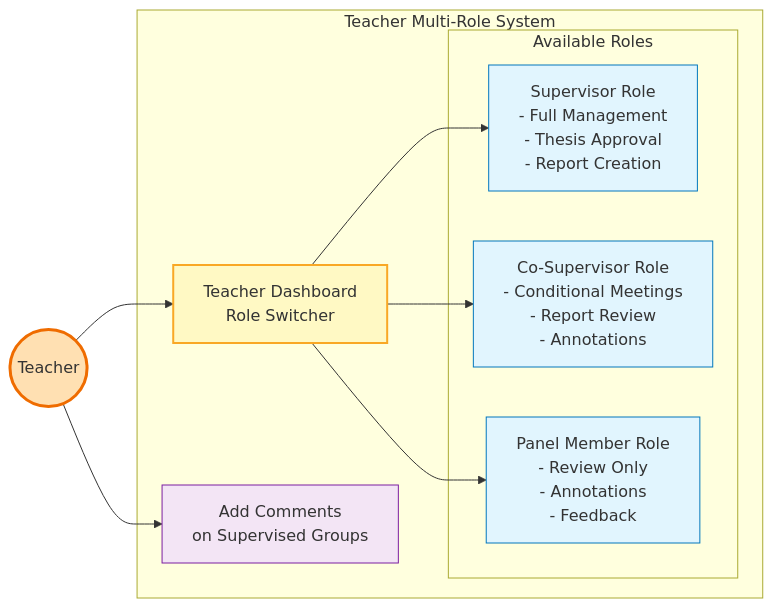
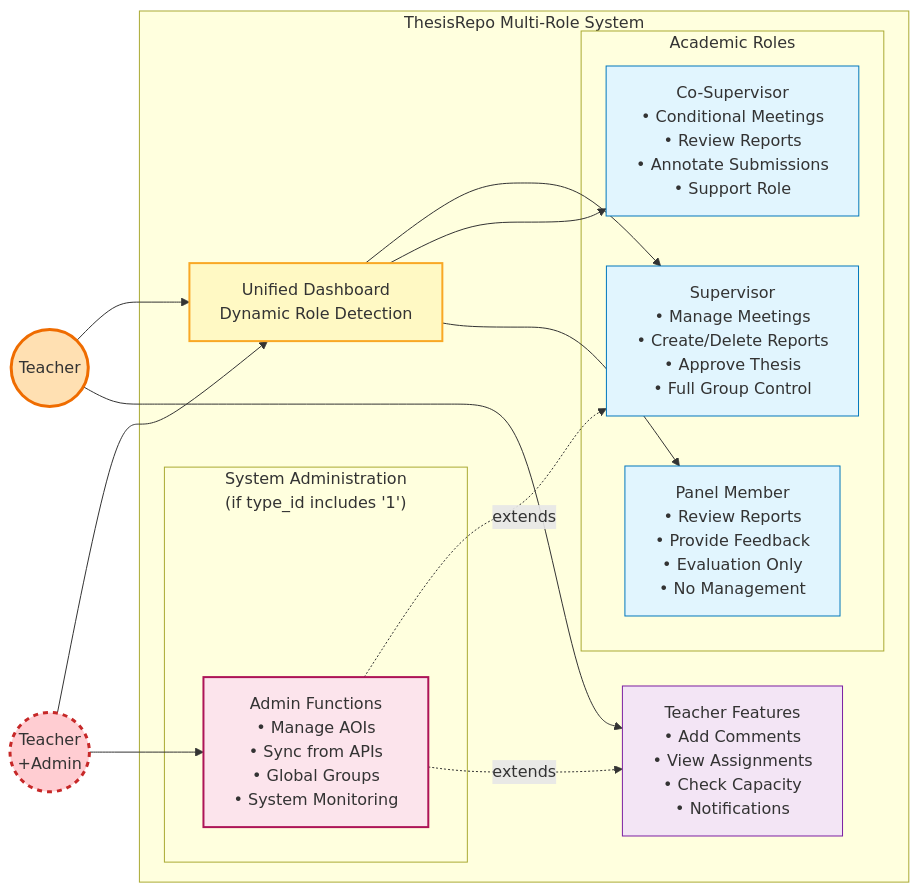
One commit to abdullah2323442/thesisrepo-backup changed the second of 6 diagrams in documentation/roles/Teacher-use-case-diagram.md. Above: the diagram before and after it, drawn with Mermaid. The commit also changed other lines of this file, not shown here.

Commit message:
refactor(teacher-use-case-diagram): Enhance clarity and detail in Teacher role diagrams, adding multi-role support and administrative functions

````diff
--- a/documentation/roles/Teacher-use-case-diagram.md
+++ b/documentation/roles/Teacher-use-case-diagram.md
@@ -97,39 +135,55 @@
 ```mermaid
 graph LR
-    %% Actor
+    %% Actors
     Teacher((Teacher))
+    TeacherAdmin((Teacher<br/>+Admin))
     
     %% System Boundary
-    subgraph System["Teacher Multi-Role System"]
+    subgraph System["ThesisRepo Multi-Role System"]
         %% Central Hub
-        Hub[Teacher Dashboard<br/>Role Switcher]
+        Hub[Unified Dashboard<br/>Dynamic Role Detection]
         
-        %% Role Branches
-        subgraph Roles["Available Roles"]
-            Supervisor[Supervisor Role<br/>- Full Management<br/>- Thesis Approval<br/>- Report Creation]
-            CoSupervisor[Co-Supervisor Role<br/>- Conditional Meetings<br/>- Report Review<br/>- Annotations]
-            Panel[Panel Member Role<br/>- Review Only<br/>- Annotations<br/>- Feedback]
+        %% Academic Roles
+        subgraph AcademicRoles["Academic Roles"]
+            Supervisor[Supervisor<br/>• Manage Meetings<br/>• Create/Delete Reports<br/>• Approve Thesis<br/>• Full Group Control]
+            CoSupervisor[Co-Supervisor<br/>• Conditional Meetings<br/>• Review Reports<br/>• Annotate Submissions<br/>• Support Role]
+            Panel[Panel Member<br/>• Review Reports<br/>• Provide Feedback<br/>• Evaluation Only<br/>• No Management]
         end
         
-        %% Teacher Features
-        Comments[Add Comments<br/>on Supervised Groups]
+        %% Administrative Role
+        subgraph AdminRole["System Administration<br/>(if type_id includes '1')"]
+            Admin[Admin Functions<br/>• Manage AOIs<br/>• Sync from APIs<br/>• Global Groups<br/>• System Monitoring]
+        end
+        
+        %% Core Teacher Features
+        TeacherCore[Teacher Features<br/>• Add Comments<br/>• View Assignments<br/>• Check Capacity<br/>• Notifications]
     end
     
-    %% Connections
+    %% Connections for Regular Teacher
     Teacher --> Hub
     Hub --> Supervisor
     Hub --> CoSupervisor
     Hub --> Panel
-    Teacher --> Comments
+    Teacher --> TeacherCore
+    
+    %% Connections for Teacher-Admin
+    TeacherAdmin --> Hub
+    TeacherAdmin --> Admin
+    Admin -.extends.-> Supervisor
+    Admin -.extends.-> TeacherCore
     
     %% Styling
     classDef actor fill:#ffe0b2,stroke:#ef6c00,stroke-width:3px
+    classDef adminActor fill:#ffcdd2,stroke:#c62828,stroke-width:3px,stroke-dasharray: 5 5
     classDef hub fill:#fff9c4,stroke:#f9a825,stroke-width:2px
     classDef role fill:#e1f5fe,stroke:#0277bd,stroke-width:1px
+    classDef adminRole fill:#fce4ec,stroke:#ad1457,stroke-width:2px
     classDef feature fill:#f3e5f5,stroke:#7b1fa2,stroke-width:1px
     
     class Teacher actor
+    class TeacherAdmin adminActor
     class Hub hub
     class Supervisor,CoSupervisor,Panel role
-    class Comments feature
+    class Admin adminRole
+    class TeacherCore feature
 ```
````
